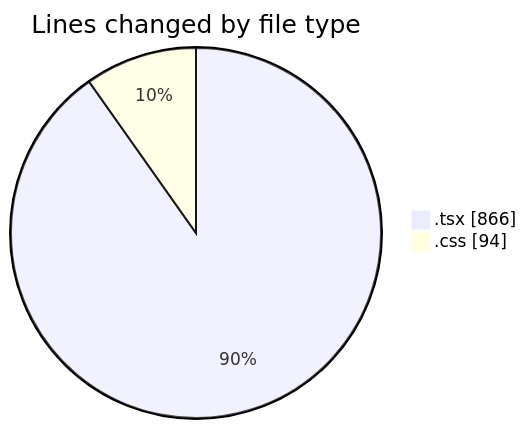
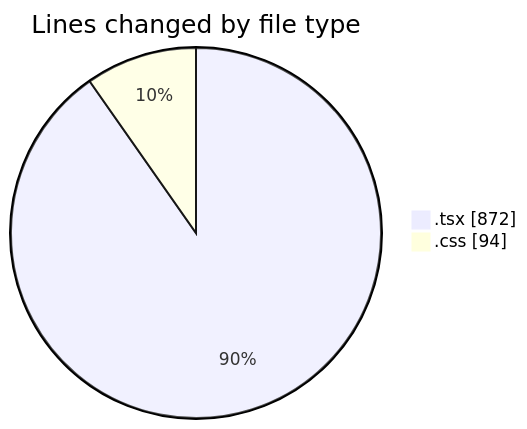
The first of 2 diagrams in 2025-02-07/portofolio/README.md (donsfak/code-tracking), drawn with Mermaid before and after one commit. The commit also changed other lines of this file and 1 other file, not shown here.

````diff
--- a/2025-02-07/portofolio/README.md
+++ b/2025-02-07/portofolio/README.md
@@ -21,6 +21,6 @@
 ```mermaid
 pie showData
 title Lines changed by file type
-".tsx" : 866
+".tsx" : 872
 ".css" : 94
 ```
````
